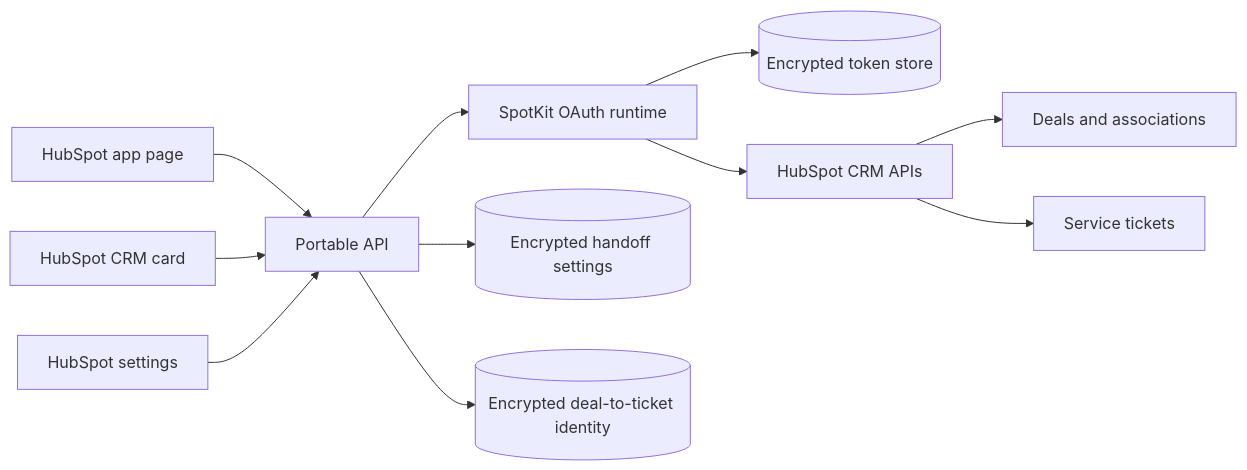
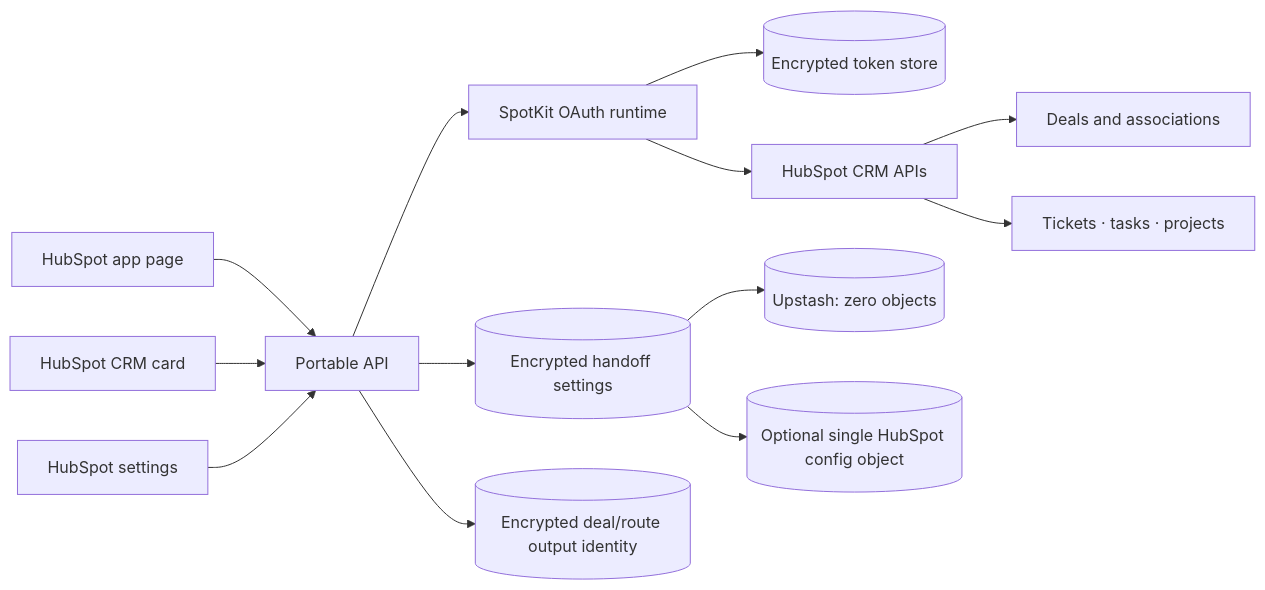
Before and after one commit to mathias7799/HubSpotLab: the diagram in projects/handoffready/docs/architecture.md, drawn with Mermaid. The commit also changed other lines of this file and 49 other files, not shown here.

````diff
--- a/projects/handoffready/docs/architecture.md
+++ b/projects/handoffready/docs/architecture.md
@@ -3,13 +3,15 @@
 ```mermaid
 flowchart LR
   Page[HubSpot app page] --> API[Portable API]
   Card[HubSpot CRM card] --> API
   Settings[HubSpot settings] --> API
   API --> Runtime[SpotKit OAuth runtime]
   Runtime --> Store[(Encrypted token store)]
   Runtime --> HubSpot[HubSpot CRM APIs]
   API --> Config[(Encrypted handoff settings)]
-  API --> Identity[(Encrypted deal-to-ticket identity)]
+  Config --> Upstash[(Upstash: zero objects)]
+  Config --> ConfigObject[(Optional single HubSpot config object)]
+  API --> Identity[(Encrypted deal/route output identity)]
   HubSpot --> Deal[Deals and associations]
-  HubSpot --> Ticket[Service tickets]
+  HubSpot --> Output[Tickets · tasks · projects]
 ```
````
